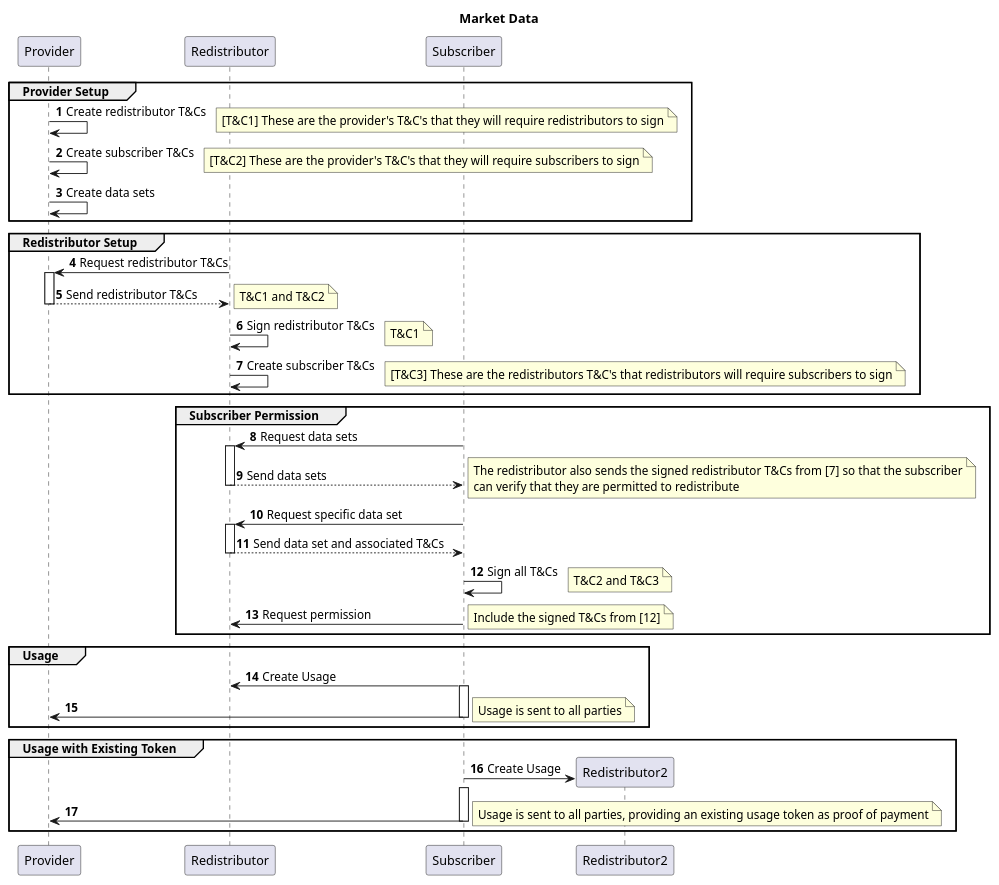
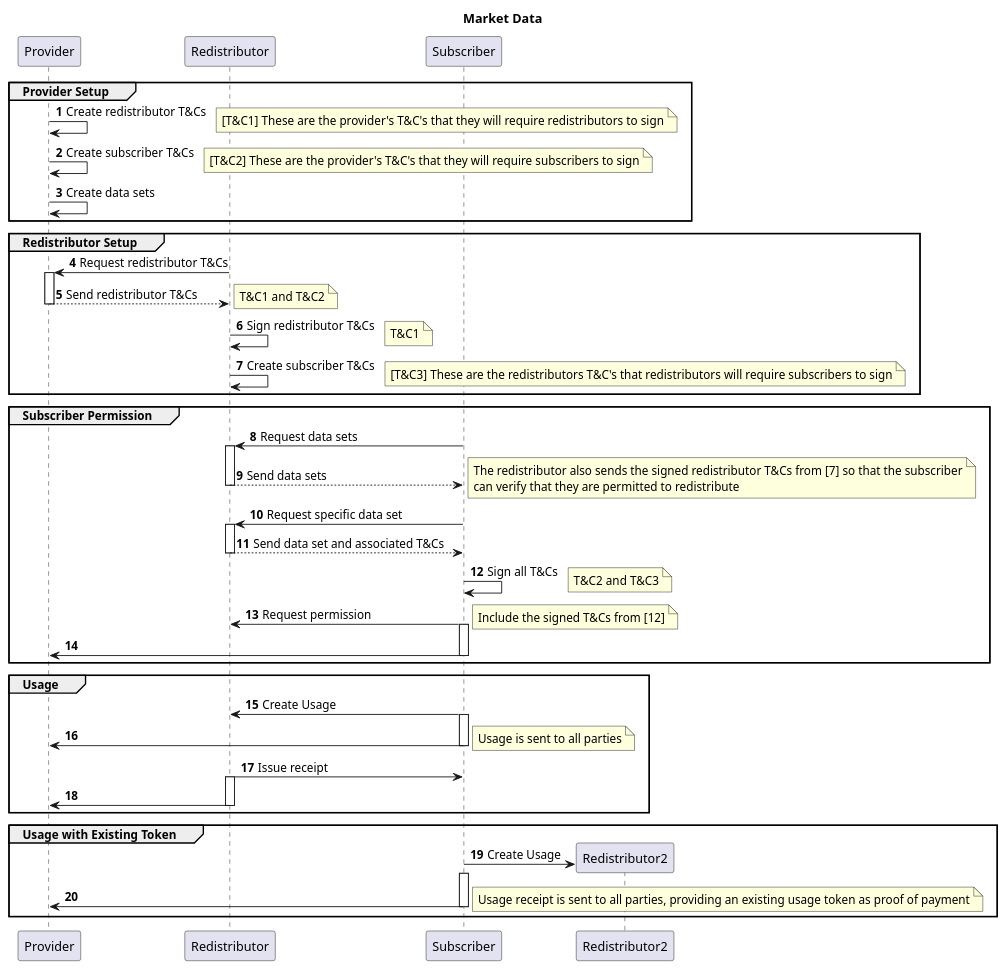
One commit to cesare-urso-r3/MarketData changed the diagram in diagrams/sequence.puml. Above: the diagram before and after it, drawn with PlantUML. The commit also changed 1 other file, not shown here.

Commit message:
Updated sequence diagrams

```diff
--- a/diagrams/sequence.puml
+++ b/diagrams/sequence.puml
@@ -1,57 +1,66 @@
 @startuml
 autonumber
 title Market Data
 
 group Provider Setup
 Provider -> Provider : Create redistributor T&Cs
 note right: [T&C1] These are the provider's T&C's that they will require redistributors to sign
 Provider -> Provider : Create subscriber T&Cs
 note right: [T&C2] These are the provider's T&C's that they will require subscribers to sign
 Provider -> Provider : Create data sets
 end
 
 group Redistributor Setup
 Redistributor -> Provider : Request redistributor T&Cs
 activate Provider
 Provider --> Redistributor : Send redistributor T&Cs
 deactivate Provider
 note right: T&C1 and T&C2
 Redistributor -> Redistributor : Sign redistributor T&Cs
 note right: T&C1
 Redistributor -> Redistributor : Create subscriber T&Cs
 note right: [T&C3] These are the redistributors T&C's that redistributors will require subscribers to sign
 end
 
 group Subscriber Permission
 Subscriber -> Redistributor : Request data sets
 activate Redistributor
 Redistributor --> Subscriber : Send data sets
 deactivate Redistributor
 note right: The redistributor also sends the signed redistributor T&Cs from [7] so that the subscriber\ncan verify that they are permitted to redistribute
 Subscriber -> Redistributor : Request specific data set
 activate Redistributor
 Redistributor --> Subscriber : Send data set and associated T&Cs
 deactivate Redistributor
 Subscriber -> Subscriber: Sign all T&Cs
 note right: T&C2 and T&C3
+
 Subscriber -> Redistributor : Request permission
+activate Subscriber
 note right: Include the signed T&Cs from [12]
+Subscriber -> Provider
+deactivate Subscriber
 end
 
 group Usage
 Subscriber -> Redistributor : Create Usage
 activate Subscriber
 Subscriber -> Provider
 deactivate Subscriber
 note right: Usage is sent to all parties
+
+Redistributor -> Subscriber : Issue receipt
+activate Redistributor
+Redistributor -> Provider
+deactivate Redistributor
 end
 
 group Usage with Existing Token
 Subscriber -> Redistributor2 ** : Create Usage
 activate Subscriber
 Subscriber -> Provider
 deactivate Subscriber
-note right: Usage is sent to all parties, providing an existing usage token as proof of payment
+note right: Usage receipt is sent to all parties, providing an existing usage token as proof of payment
 end
 
 @enduml
```
